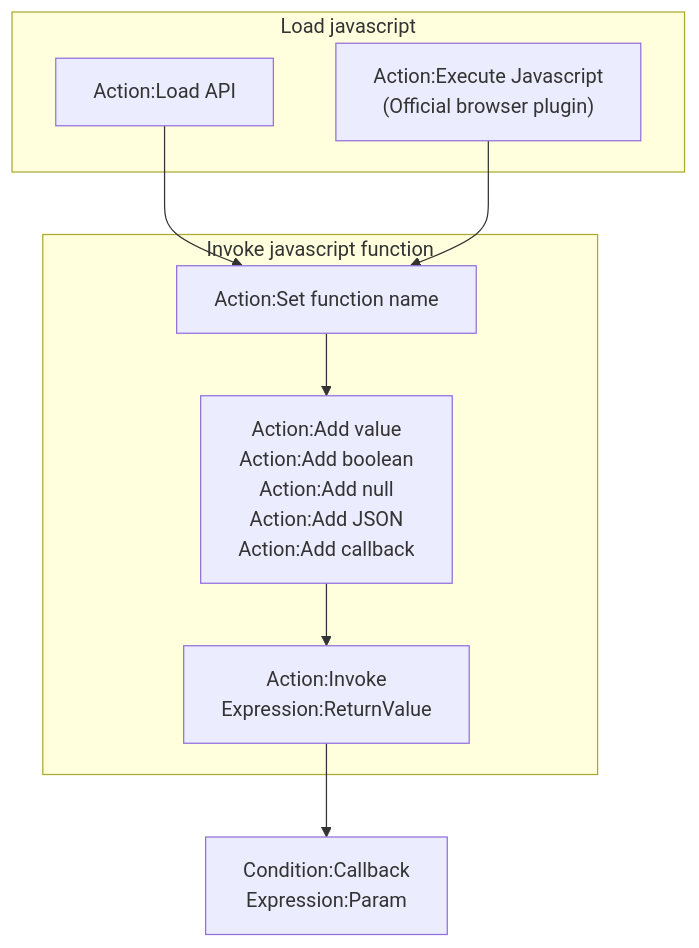
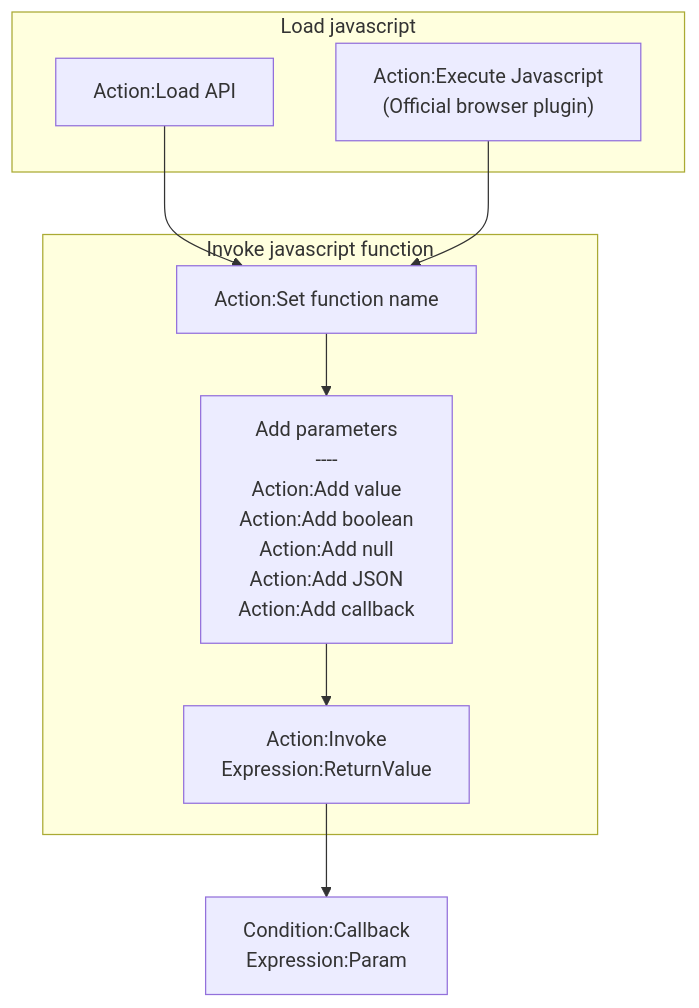
Before and after one commit to rexrainbow/C2RexDoc: the first of 2 diagrams in plugins.md/rex_jsshell.md, drawn with Mermaid. The commit also changed other lines of this file and 1 other file, not shown here.

````diff
--- a/plugins.md/rex_jsshell.md
+++ b/plugins.md/rex_jsshell.md
@@ -24,22 +26,22 @@
 ```mermaid
 graph TB
 
 LoadJSCode["Action:Load API"] --> SetFnName["Action:Set function name"]
-SetFnName --> AddParam["Action:Add value<br>Action:Add boolean<br>Action:Add null<br>Action:Add JSON<br>Action:Add callback"]
+SetFnName --> AddParam["Add parameters<br>----<br>Action:Add value<br>Action:Add boolean<br>Action:Add null<br>Action:Add JSON<br>Action:Add callback"]
 AddParam --> Invoke["Action:Invoke<br>Expression:ReturnValue"]
 
 ExecJS["Action:Execute Javascript<br>(Official browser plugin)"] --> SetFnName
 
 Invoke --> Callback["Condition:Callback<br>Expression:Param"]
 
 subgraph Load javascript
 LoadJSCode
 ExecJS
 end
 
 subgraph Invoke javascript function
 SetFnName
 AddParam
 Invoke
 end
 ```
````
